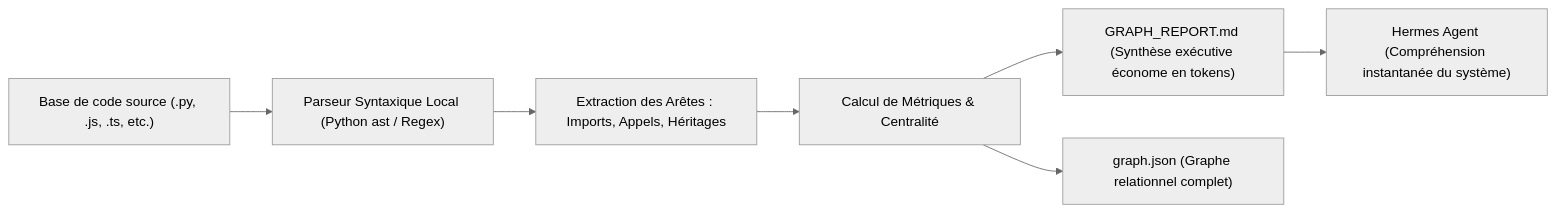
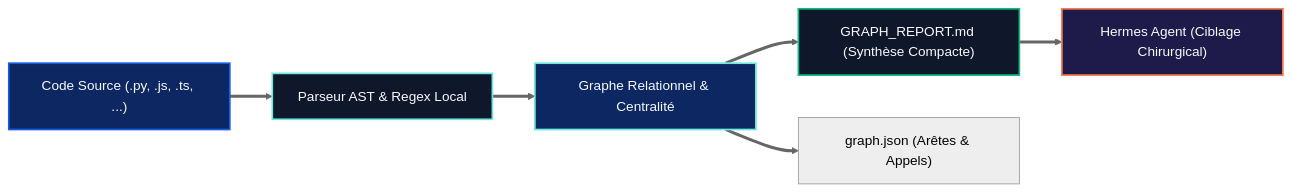
The diagram in skills/graphify/README.md (nicolastheuil/ArcIA), drawn with Mermaid (neutral theme) before and after one commit. The commit also changed other lines of this file and 24 other files, not shown here.

Commit message:
feat(v0.4): add zero-downtime update center & homepage presentation in wizard, simplify root macro-architecture diagram, and polish all 22 READMEs

````diff
--- a/skills/graphify/README.md
+++ b/skills/graphify/README.md
@@ -28,9 +28,14 @@
 ```mermaid
 flowchart LR
-    Code["Base de code source (.py, .js, .ts, etc.)"] --> AST["Parseur Syntaxique Local (Python ast / Regex)"]
-    AST --> Relations["Extraction des Arêtes : Imports, Appels, Héritages"]
-    Relations --> Graph["Calcul de Métriques & Centralité"]
-    Graph --> Report["GRAPH_REPORT.md (Synthèse exécutive économe en tokens)"]
-    Graph --> JSON["graph.json (Graphe relationnel complet)"]
-    Report --> Hermes["Hermes Agent (Compréhension instantanée du système)"]
+    Code["Code Source (.py, .js, .ts, ...)"] ==> AST["Parseur AST & Regex Local"]
+    AST ==> Graph["Graphe Relationnel & Centralité"]
+    Graph ==> Report["GRAPH_REPORT.md (Synthèse Compacte)"]
+    Graph ==> JSON["graph.json (Arêtes & Appels)"]
+    Report ==> Hermes["Hermes Agent (Ciblage Chirurgical)"]
+
+    style Code fill:#0C2762,stroke:#1659E4,stroke-width:2px,color:#F8FAFC
+    style AST fill:#0F172A,stroke:#6BE7DD,stroke-width:2px,color:#F8FAFC
+    style Graph fill:#0C2762,stroke:#6BE7DD,stroke-width:2px,color:#F8FAFC
+    style Report fill:#0F172A,stroke:#10B981,stroke-width:2px,color:#F8FAFC
+    style Hermes fill:#1E1B4B,stroke:#FA7B4E,stroke-width:2px,color:#F8FAFC
 ```
````
